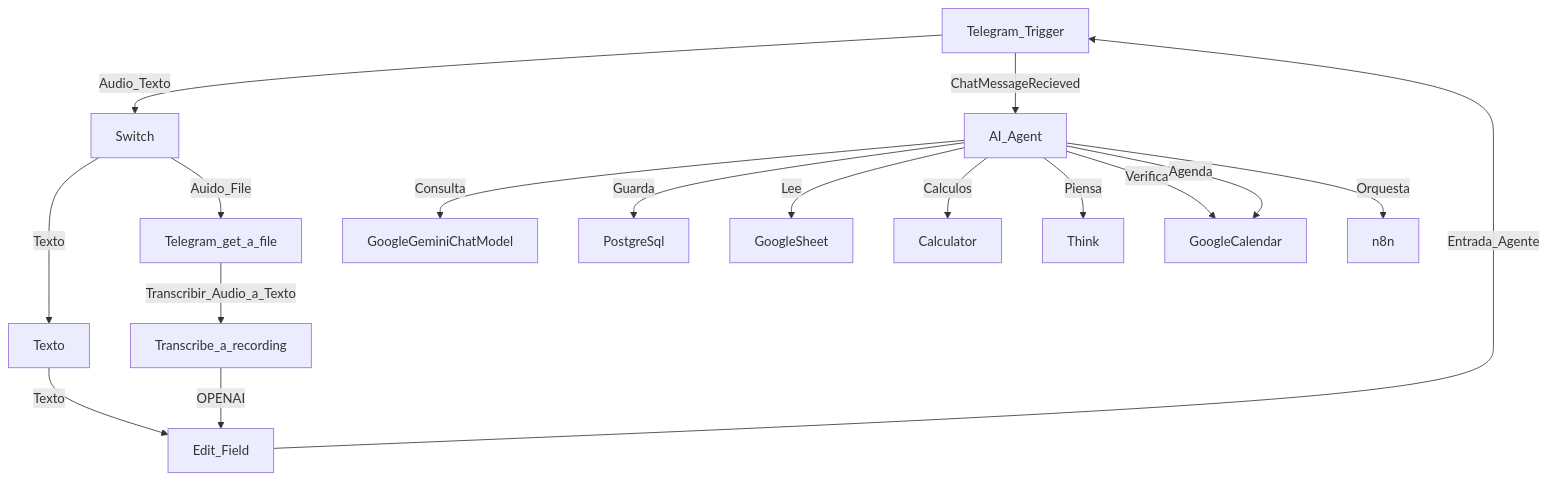
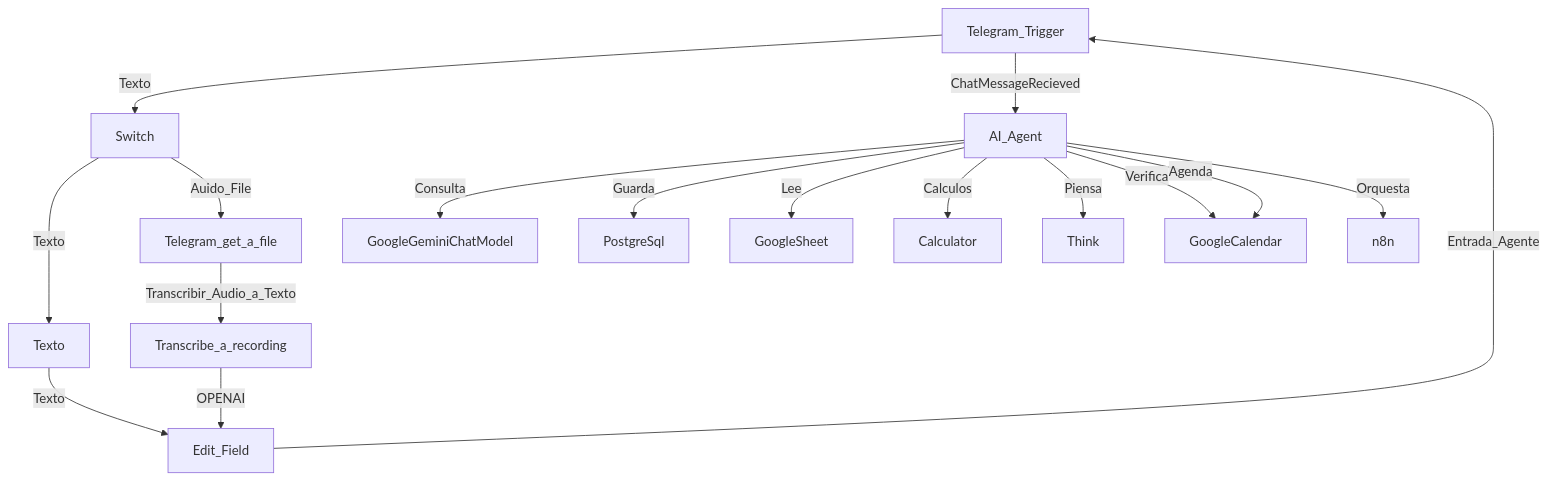
Before and after one commit to liusvani/ia-agent-n8n-telegram: the diagram in README.md, drawn with Mermaid.

Commit message:
README.md

````diff
--- a/README.md
+++ b/README.md
@@ -25,19 +25,19 @@
 ```mermaid
 graph TD
-    Telegram_Trigger -->|Audio_Texto| Switch
+    Telegram_Trigger -->|Texto| Switch
     Switch -->|Texto| Texto
     Switch -->|Auido_File| Telegram_get_a_file
     Telegram_get_a_file -->|Transcribir_Audio_a_Texto| Transcribe_a_recording
     Texto -->|Texto| Edit_Field
     Transcribe_a_recording -->|OPENAI| Edit_Field
     Edit_Field -->|Entrada_Agente| Telegram_Trigger
     Telegram_Trigger -->|ChatMessageRecieved| AI_Agent
     AI_Agent -->|Consulta| GoogleGeminiChatModel
     AI_Agent -->|Guarda| PostgreSql
     AI_Agent -->|Lee| GoogleSheet
     AI_Agent -->|Calculos| Calculator
     AI_Agent -->|Piensa| Think
     AI_Agent -->|Verifica| GoogleCalendar
     AI_Agent -->|Agenda| GoogleCalendar    
     AI_Agent -->|Orquesta| n8n
 ```
````
